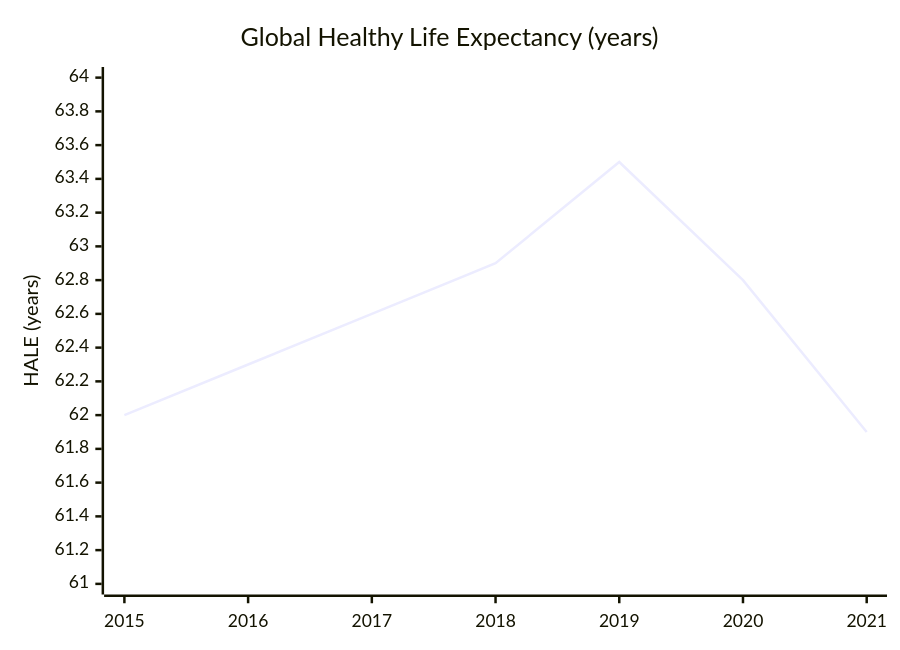
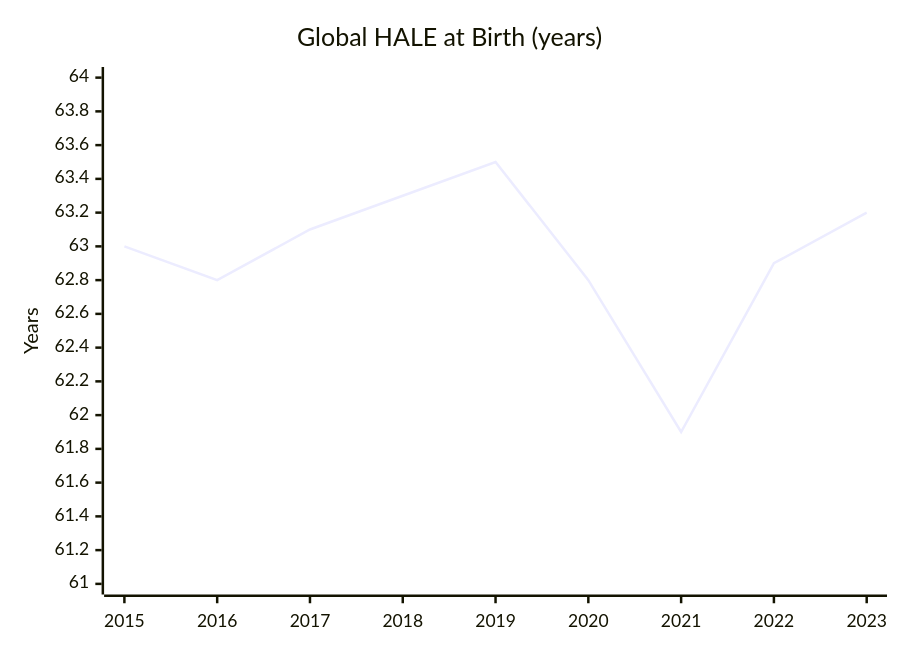
One commit to pasky/grand-endeavors changed the first of 2 diagrams in pilot-2025/cancer.md. Above: the diagram before and after it, drawn with Mermaid. The commit also changed other lines of this file, not shown here.

````diff
--- a/pilot-2025/cancer.md
+++ b/pilot-2025/cancer.md
@@ -30,7 +31,7 @@
 ```mermaid
 xychart-beta
-    title "Global Healthy Life Expectancy (years)"
-    x-axis [2015, 2016, 2017, 2018, 2019, 2020, 2021]
-    y-axis "HALE (years)" 61 --> 64
-    line [62.0, 62.3, 62.6, 62.9, 63.5, 62.8, 61.9]
+    title "Global HALE at Birth (years)"
+    x-axis [2015, 2016, 2017, 2018, 2019, 2020, 2021, 2022, 2023]
+    y-axis "Years" 61 --> 64
+    line [63.0, 62.8, 63.1, 63.3, 63.5, 62.8, 61.9, 62.9, 63.2]
 ```
````
